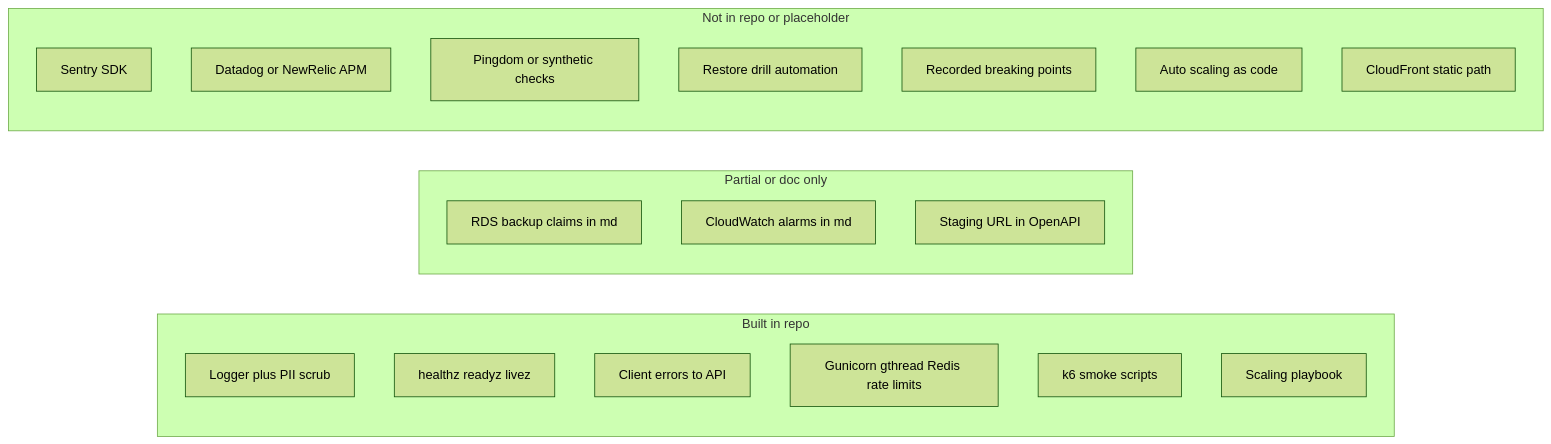
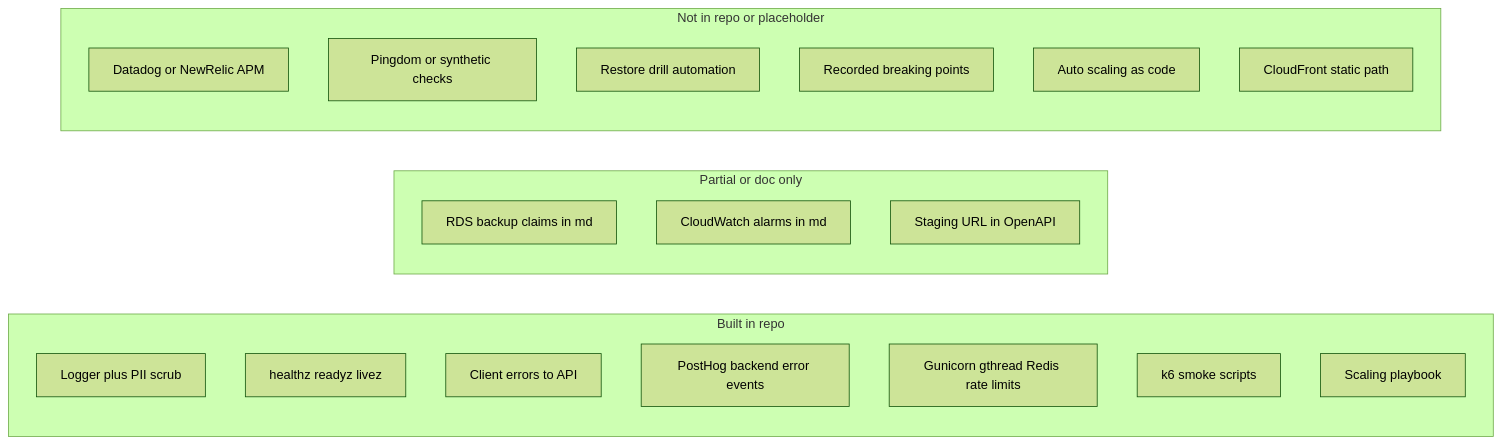
One commit to SilverKeyDev/prod changed the diagram in documentation/server/infrastructure-reliability-gap-audit.md. Above: the diagram before and after it, drawn with Mermaid (forest theme). The commit also changed other lines of this file and 14 other files, not shown here.

````diff
--- a/documentation/server/infrastructure-reliability-gap-audit.md
+++ b/documentation/server/infrastructure-reliability-gap-audit.md
@@ -40,25 +41,25 @@
 ```mermaid
 flowchart LR
   subgraph built [Built in repo]
     logPII[Logger plus PII scrub]
     healthz[healthz readyz livez]
     clientErr[Client errors to API]
+    posthogErr[PostHog backend error events]
     scalePrep[Gunicorn gthread Redis rate limits]
     loadSmoke[k6 smoke scripts]
     scaleDoc[Scaling playbook]
   end
   subgraph partial [Partial or doc only]
     rdsDoc[RDS backup claims in md]
     cwDoc[CloudWatch alarms in md]
     stagingUrl[Staging URL in OpenAPI]
   end
   subgraph notRepo [Not in repo or placeholder]
-    sentry[Sentry SDK]
     apm[Datadog or NewRelic APM]
     uptime[Pingdom or synthetic checks]
     restoreTest[Restore drill automation]
     loadBaseline[Recorded breaking points]
     asg[Auto scaling as code]
     cdn[CloudFront static path]
   end
 ```
````
